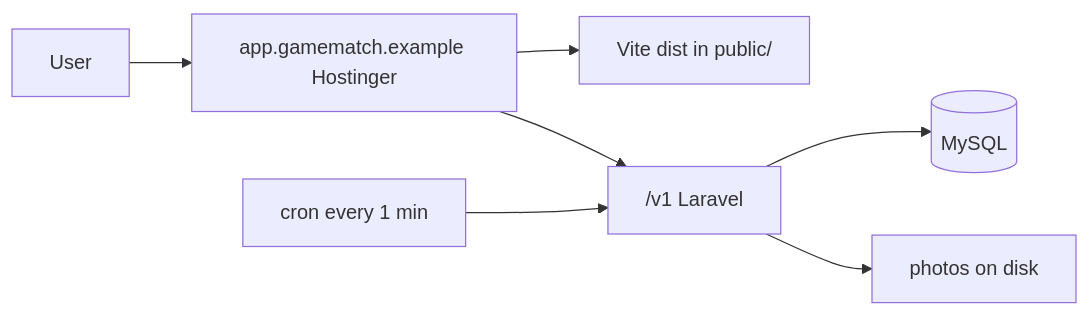
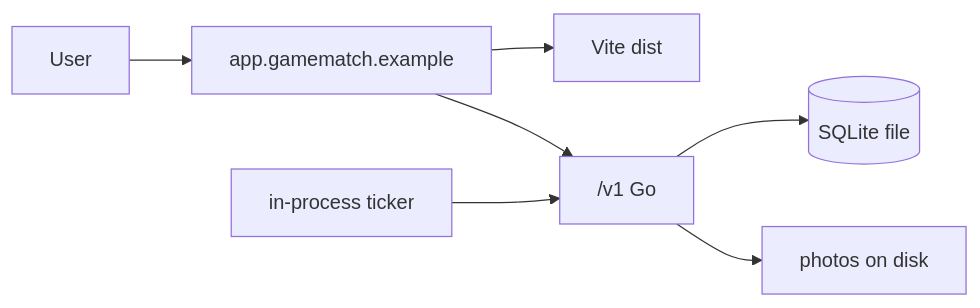
The seventh of 10 diagrams in docs/design-docs-and-wireframes.md (dukedelaet/game-match-pwa), drawn with Mermaid before and after one commit. The commit also changed other lines of this file and 128 other files, not shown here.

First line of the commit message:
feat: run the backend on Go and SQLite instead of PHP and MySQL

````diff
--- a/docs/design-docs-and-wireframes.md
+++ b/docs/design-docs-and-wireframes.md
@@ -626,9 +630,9 @@
 ```mermaid
 flowchart LR
-  User --> App["app.gamematch.example Hostinger"]
-  App --> SPA[Vite dist in public/]
-  App --> API["/v1 Laravel"]
-  API --> DB[(MySQL)]
+  User --> App["app.gamematch.example"]
+  App --> SPA[Vite dist]
+  App --> API["/v1 Go"]
+  API --> DB[(SQLite file)]
   API --> DISK[photos on disk]
-  Cron[cron every 1 min] --> API
+  Tick[in-process ticker] --> API
 ```
````
